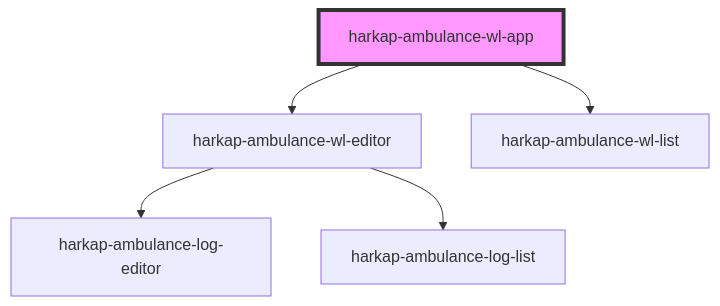
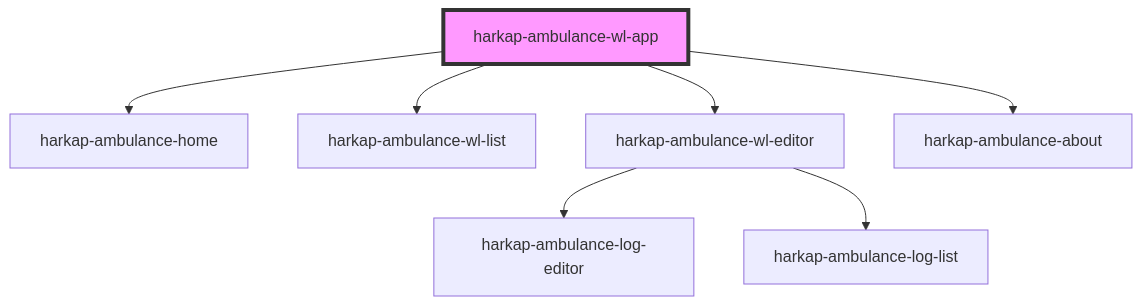
The diagram in wac-ufe/src/components/harkap-ambulance-wl-app/readme.md (AkosKappel/wac), drawn with Mermaid before and after one commit. The commit also changed other lines of this file and 7 other files, not shown here.

````diff
--- a/wac-ufe/src/components/harkap-ambulance-wl-app/readme.md
+++ b/wac-ufe/src/components/harkap-ambulance-wl-app/readme.md
@@ -24,8 +26,10 @@
 ```mermaid
 graph TD;
+  harkap-ambulance-wl-app --> harkap-ambulance-home
+  harkap-ambulance-wl-app --> harkap-ambulance-wl-list
   harkap-ambulance-wl-app --> harkap-ambulance-wl-editor
-  harkap-ambulance-wl-app --> harkap-ambulance-wl-list
+  harkap-ambulance-wl-app --> harkap-ambulance-about
   harkap-ambulance-wl-editor --> harkap-ambulance-log-editor
   harkap-ambulance-wl-editor --> harkap-ambulance-log-list
   style harkap-ambulance-wl-app fill:#f9f,stroke:#333,stroke-width:4px
 ```
````
